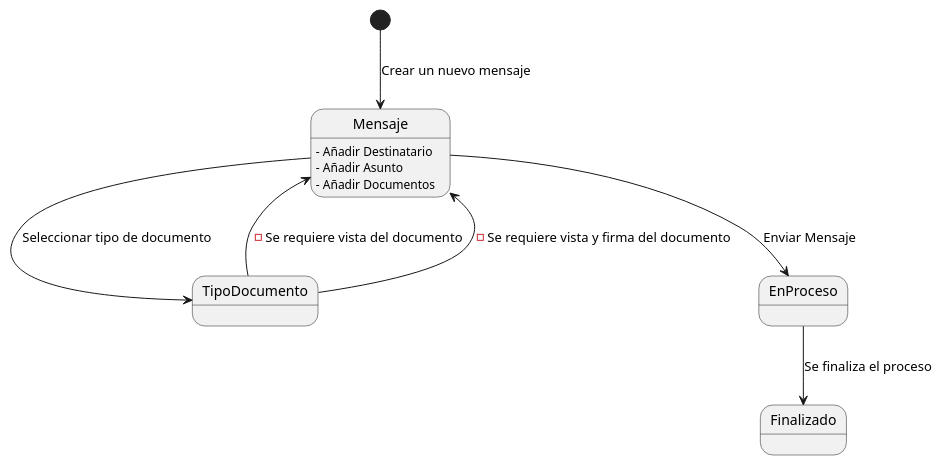
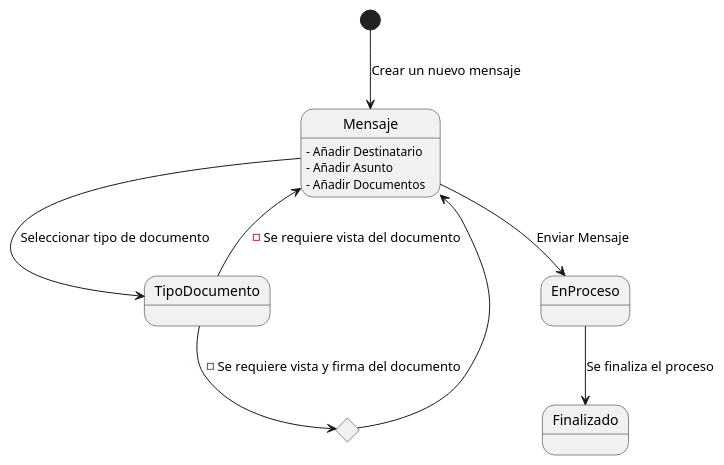
Before and after one commit to mmasias/24-25-IdSw1-SDR: the diagram in docs/modeloDeDominio/diagramaDeEstados/PrimeraIteracion/diagramaDeEstadosRemitenteIteracion1.puml, drawn with PlantUML. The commit also changed 2 other files, not shown here.

Commit message:
Actualizar diagrama de estados del remitente y agregar estado de firma

```diff
--- a/docs/modeloDeDominio/diagramaDeEstados/PrimeraIteracion/diagramaDeEstadosRemitenteIteracion1.puml
+++ b/docs/modeloDeDominio/diagramaDeEstados/PrimeraIteracion/diagramaDeEstadosRemitenteIteracion1.puml
@@ -1,19 +1,20 @@
 @startuml diagramaDeEstados
 
 [*] --> Mensaje: Crear un nuevo mensaje
 
 Mensaje : - Añadir Destinatario
 Mensaje : - Añadir Asunto
 Mensaje : - Añadir Documentos
 
 Mensaje --> TipoDocumento: Seleccionar tipo de documento
 
-state TipoDocumento <<Choice>> {
+state TipoDocumento <<Choice>>
+state TipoDocumento2 <<Choice>>
     TipoDocumento --> Mensaje: - Se requiere vista del documento
-    TipoDocumento --> Mensaje: - Se requiere vista y firma del documento
-}
+    TipoDocumento --> TipoDocumento2: - Se requiere vista y firma del documento
+    TipoDocumento2 --> Mensaje
 
 Mensaje --> EnProceso: Enviar Mensaje
 EnProceso --> Finalizado: Se finaliza el proceso
 
 @enduml
```
